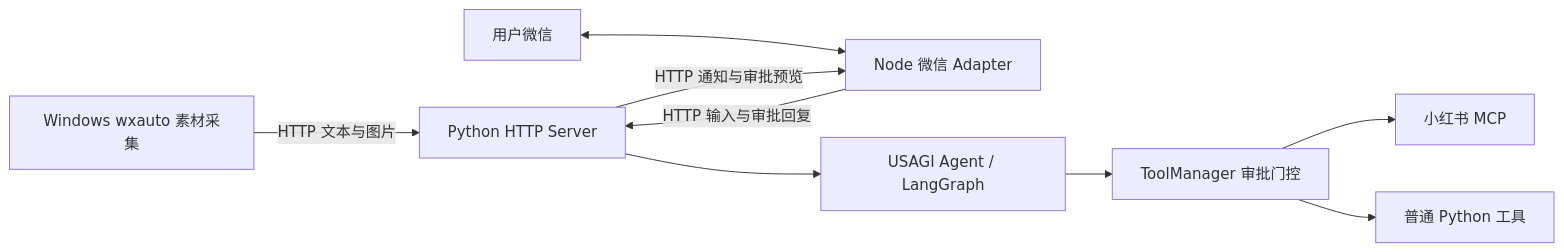
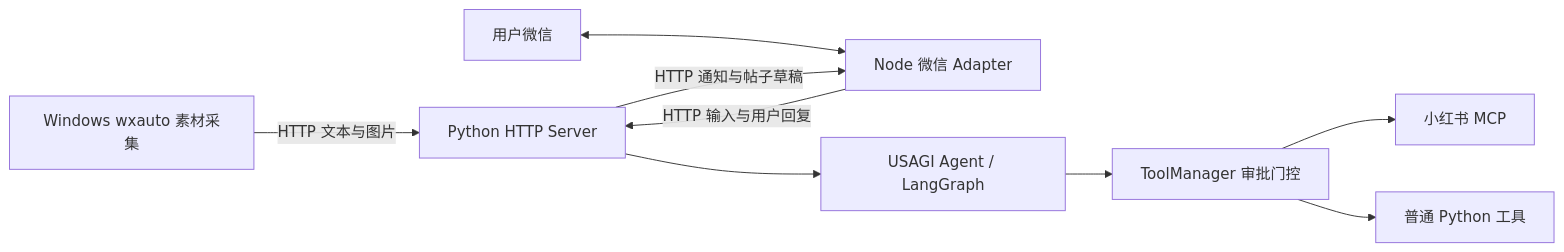
One commit to 1340150899/USAGI-Agent changed the diagram in docs/application-integration.md. Above: the diagram before and after it, drawn with Mermaid. The commit also changed other lines of this file and 19 other files, not shown here.

````diff
--- a/docs/application-integration.md
+++ b/docs/application-integration.md
@@ -5,11 +5,11 @@
 ```mermaid
 flowchart LR
   W[Windows wxauto 素材采集] -->|HTTP 文本与图片| H[Python HTTP Server]
   U[用户微信] <--> N[Node 微信 Adapter]
-  N -->|HTTP 输入与审批回复| H
-  H -->|HTTP 通知与审批预览| N
+  N -->|HTTP 输入与用户回复| H
+  H -->|HTTP 通知与帖子草稿| N
   H --> A[USAGI Agent / LangGraph]
   A --> T[ToolManager 审批门控]
   T --> M[小红书 MCP]
   T --> B[普通 Python 工具]
 ```
````
